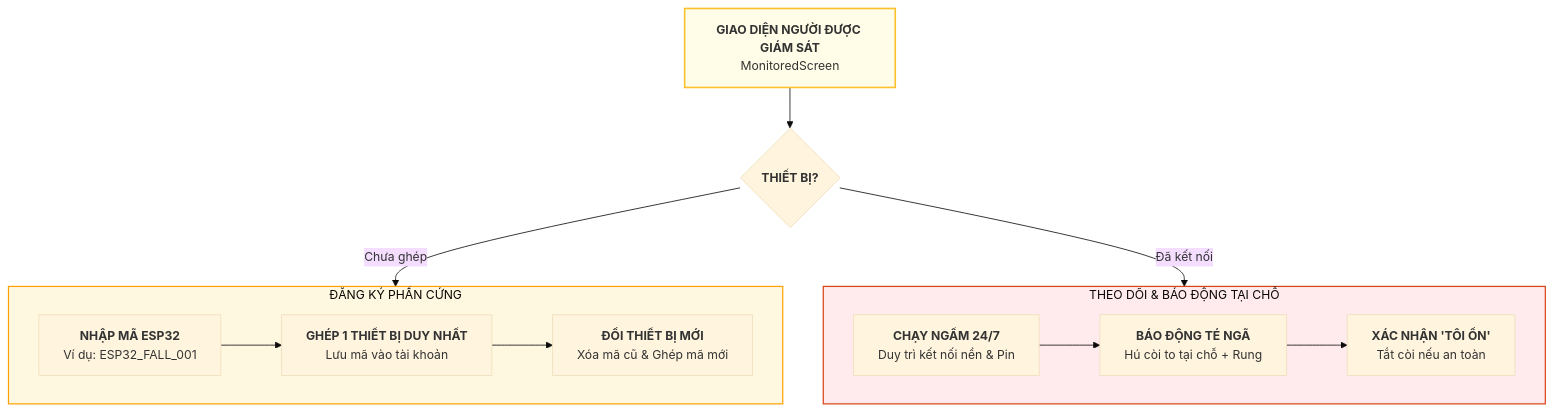
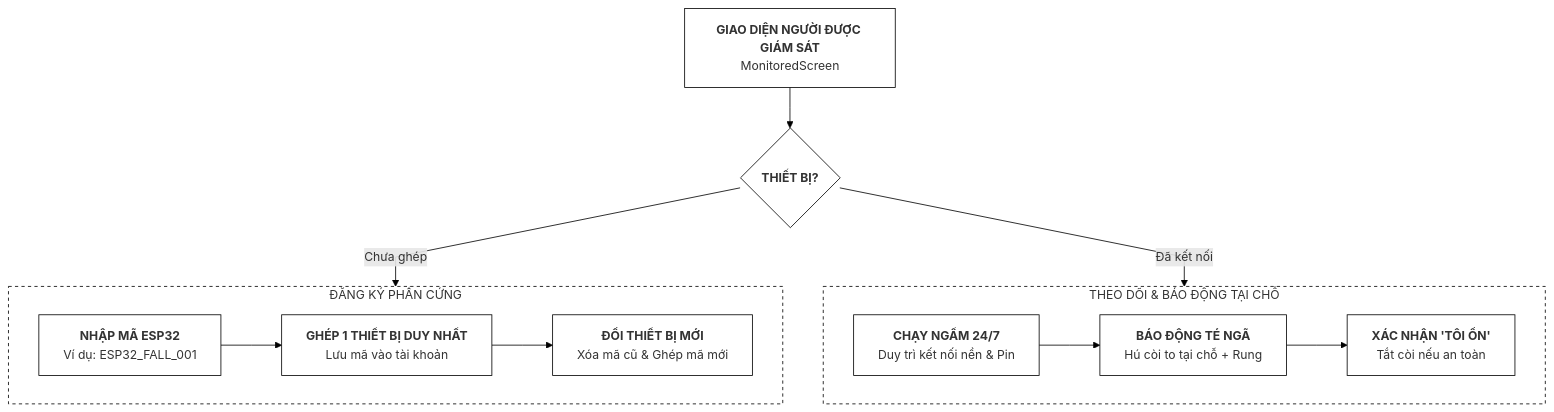
One commit to tdo129/Fall-Detection-App changed the seventh of 7 diagrams in README.md. Above: the diagram before and after it, drawn with Mermaid. The commit also changed other lines of this file, not shown here.

````diff
--- a/README.md
+++ b/README.md
@@ -220,26 +253,33 @@
 ```mermaid
-%%{init: {'theme': 'base', 'themeVariables': { 'fontSize': '15px' }}}%%
+%%{init: {'flowchart': {'curve': 'linear'}, 'themeVariables': {'fontSize': '15px', 'lineColor': '#000000'}}}%%
 flowchart TD
     M0["<b>GIAO DIỆN NGƯỜI ĐƯỢC GIÁM SÁT</b><br/>MonitoredScreen"] --> M_CHECK{"<b>THIẾT BỊ?</b>"}
 
     subgraph DEV ["ĐĂNG KÝ PHẦN CỨNG"]
         E1["<b>NHẬP MÃ ESP32</b><br/>Ví dụ: ESP32_FALL_001"]
         E2["<b>GHÉP 1 THIẾT BỊ DUY NHẤT</b><br/>Lưu mã vào tài khoản"]
         E3["<b>ĐỔI THIẾT BỊ MỚI</b><br/>Xóa mã cũ & Ghép mã mới"]
         E1 --> E2 --> E3
     end
 
     subgraph RUN ["THEO DÕI & BÁO ĐỘNG TẠI CHỖ"]
         R1["<b>CHẠY NGẦM 24/7</b><br/>Duy trì kết nối nền & Pin"]
         R2["<b>BÁO ĐỘNG TÉ NGÃ</b><br/>Hú còi to tại chỗ + Rung"]
         R3["<b>XÁC NHẬN 'TÔI ỔN'</b><br/>Tắt còi nếu an toàn"]
         R1 --> R2 --> R3
     end
 
     M_CHECK -- "Chưa ghép" --> DEV
     M_CHECK -- "Đã kết nối" --> RUN
 
-    style M0 fill:#fffde7,stroke:#fbc02d,stroke-width:2px
-    style DEV fill:#fff8e1,stroke:#ffa000,stroke-width:1.5px
-    style RUN fill:#ffebee,stroke:#d84315,stroke-width:1.5px
+    style DEV fill:#ffffff,stroke:#000000,stroke-width:1px,stroke-dasharray: 4 4
+    style RUN fill:#ffffff,stroke:#000000,stroke-width:1px,stroke-dasharray: 4 4
+    style M0 fill:#ffffff,stroke:#000000,stroke-width:1px
+    style M_CHECK fill:#ffffff,stroke:#000000,stroke-width:1px
+    style E1 fill:#ffffff,stroke:#000000,stroke-width:1px
+    style E2 fill:#ffffff,stroke:#000000,stroke-width:1px
+    style E3 fill:#ffffff,stroke:#000000,stroke-width:1px
+    style R1 fill:#ffffff,stroke:#000000,stroke-width:1px
+    style R2 fill:#ffffff,stroke:#000000,stroke-width:1px
+    style R3 fill:#ffffff,stroke:#000000,stroke-width:1px
 ```
````
